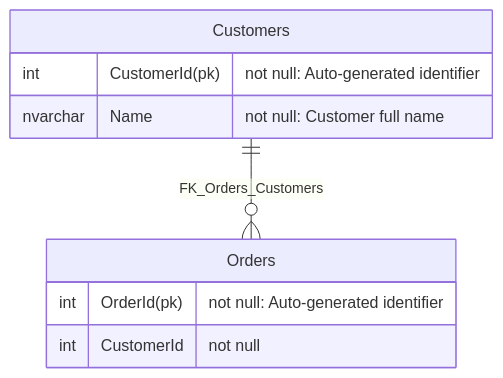
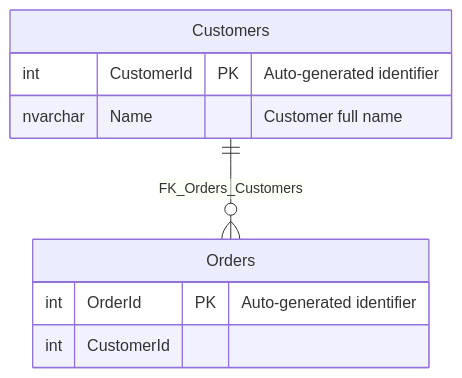
The diagram in src/EfToMermaid.Tests/Tests.WithComments.verified.md (SimonCropp/DbToMermaid), drawn with Mermaid before and after one commit. The commit also changed 5 other files, not shown here.

````diff
--- a/src/EfToMermaid.Tests/Tests.WithComments.verified.md
+++ b/src/EfToMermaid.Tests/Tests.WithComments.verified.md
@@ -2,14 +2,14 @@
 ```mermaid
 erDiagram
   %% Core customer information
   Customers {
-    int CustomerId(pk) "not null: Auto-generated identifier"
-    nvarchar Name "not null: Customer full name"
+    int CustomerId PK "Auto-generated identifier"
+    nvarchar Name "Customer full name"
   }
   %% Customer orders
   Orders {
-    int OrderId(pk) "not null: Auto-generated identifier"
-    int CustomerId "not null"
+    int OrderId PK "Auto-generated identifier"
+    int CustomerId
   }
   Customers ||--o{ Orders : "FK_Orders_Customers"
 ```
````
